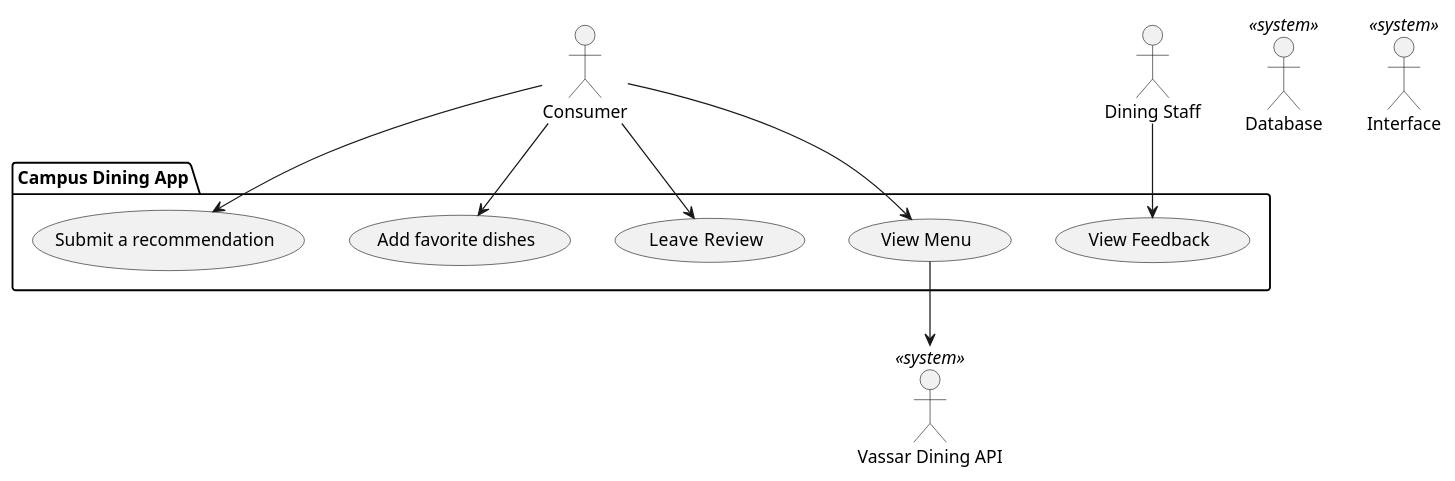
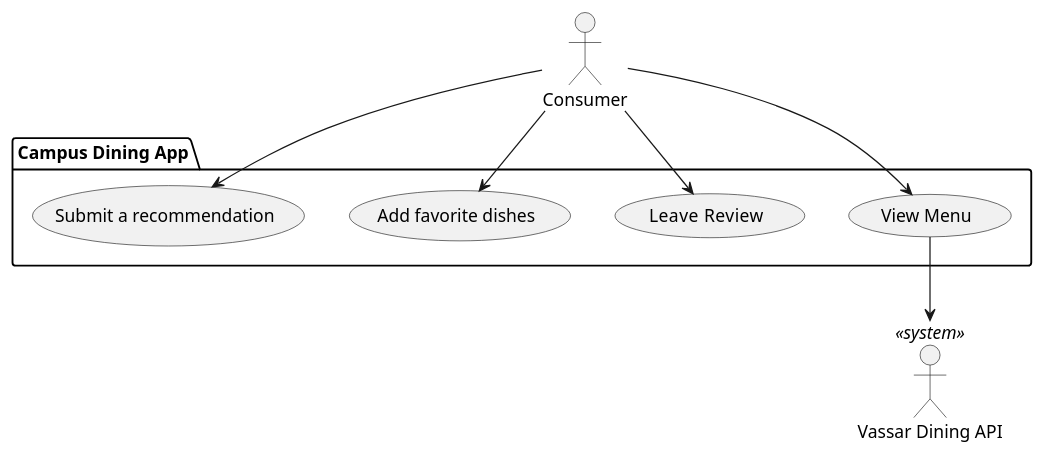
One commit to rkilpadi/vassar-dining-app changed the diagram in doc/vision.md. Above: the diagram before and after it, drawn with PlantUML. The commit also changed 6 other files, not shown here.

```diff
--- a/doc/vision.md
+++ b/doc/vision.md
@@ -23,28 +23,23 @@
 @startuml
 ' human actors
 actor "Consumer" as consumer
-actor "Dining Staff" as diningStaff
 
 ' system actors 
 actor "Vassar Dining API" <<system>> as vassarDiningAPI
-actor "Database" <<system>> as database
-actor "Interface" <<system>> as interface
 
 ' list all use in cases in package
 package "Campus Dining App" {
     usecase "View Menu" as viewMenu
     usecase "Leave  Review" as leaveReview
     usecase "Add favorite dishes" as addFavorite
     usecase "Submit a recommendation" as submitRec
-    usecase "View Feedback" as viewFeedback
 }
 
 ' list relationships between actors and use cases
 
 consumer --> viewMenu
 consumer --> leaveReview
 consumer --> addFavorite
 consumer --> submitRec
-diningStaff --> viewFeedback
 viewMenu --> vassarDiningAPI
 @enduml
```
